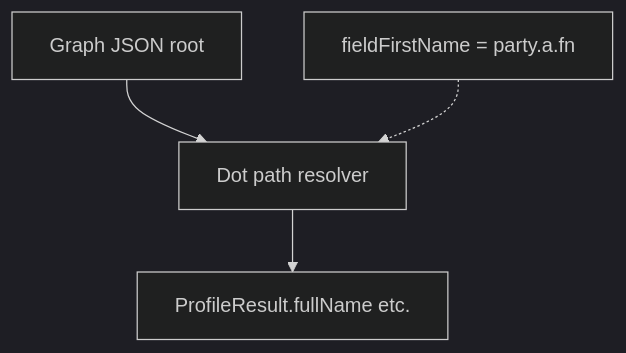
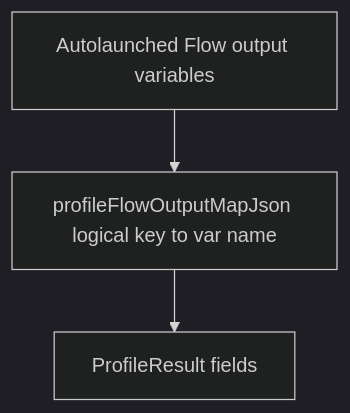
Before and after one commit to josers18/JDO: the third of 7 diagrams in DC_PersonProfileWidget/docs/DIAGRAMS.md, drawn with Mermaid (dark theme). The commit also changed other lines of this file and 32 other files, not shown here.

First line of the commit message:
docs(DC_PersonProfileWidget): guides, diagrams, samples, deploy/apex refs

````diff
--- a/DC_PersonProfileWidget/docs/DIAGRAMS.md
+++ b/DC_PersonProfileWidget/docs/DIAGRAMS.md
@@ -57,8 +55,7 @@
 ```mermaid
 flowchart TB
-    JSON[Graph JSON root]
-    P[fieldFirstName = party.a.fn]
-    JSON --> Dot[Dot path resolver]
-    Dot --> PR[ProfileResult.fullName etc.]
-    P -.-> Dot
+    F[Autolaunched Flow output variables]
+    Map[profileFlowOutputMapJson logical key to var name]
+    F --> Map
+    Map --> PR[ProfileResult fields]
 ```
````
